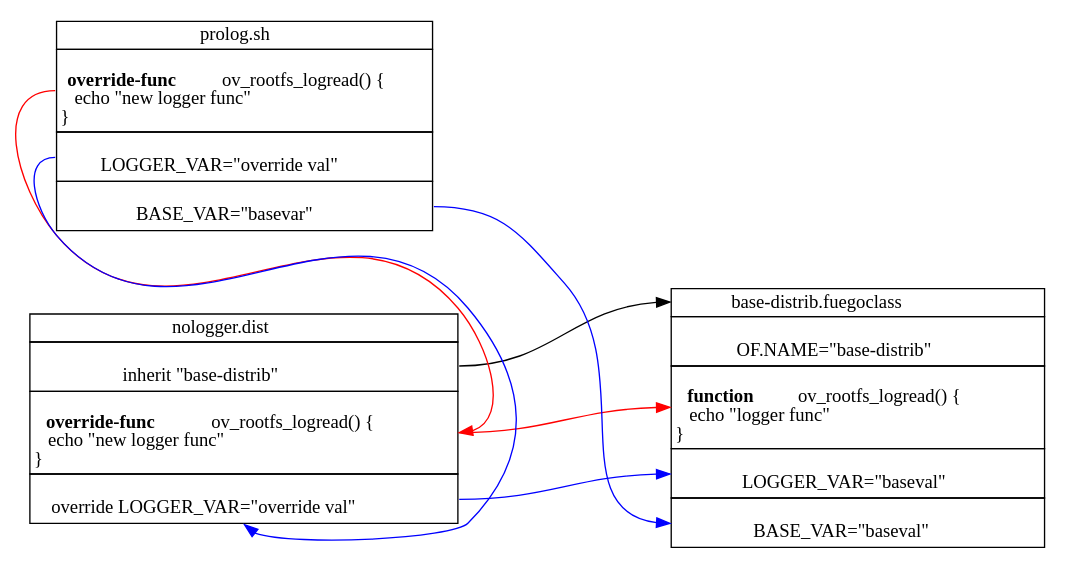
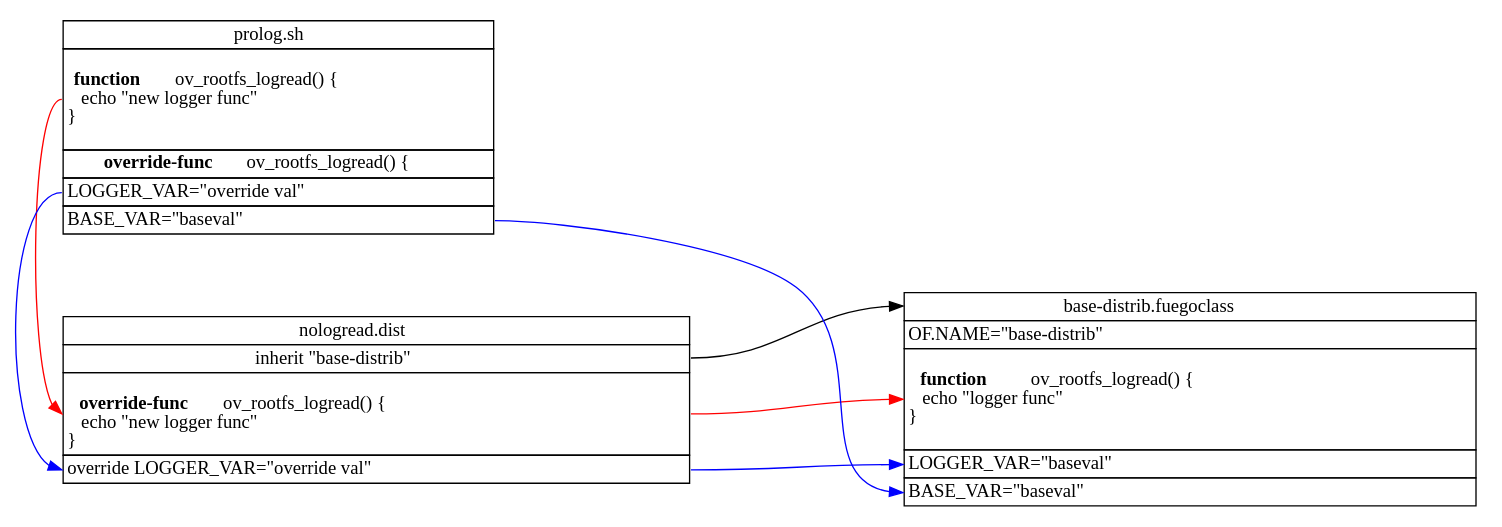
One commit to vh21/fuego changed the diagram in docs/source/overlays_example.dot. Above: the diagram before and after it, drawn with Graphviz. The commit also changed 4 other files, not shown here.

First line of the commit message:
nologger: change to nologread

```diff
--- a/docs/source/overlays_example.dot
+++ b/docs/source/overlays_example.dot
@@ -1,60 +1,65 @@
 digraph Overlay {
         graph[nodesep=2,ordering=in, // splines=ortho
-              rank=same
+              rank=same, shape=plaintext
               ]
 
               subgraph ovs {
         base [shape=none, fontname="Nimbus Mono", rankdir=LR,
               label=<
               <TABLE BORDER="0" CELLBORDER="1" CELLSPACING="0">
               <TR><TD PORT="bd">base-distrib.fuegoclass</TD></TR>
-              <TR><TD PORT="ofn"><BR ALIGN="left"/>OF.NAME="base-distrib"</TD></TR>
-<TR><TD PORT="func">
-<BR ALIGN="left"/> <B> function </B> ov_rootfs_logread() {
-<BR ALIGN="left"/>    echo "logger func"
-<BR ALIGN="left"/> } <BR ALIGN="left"/>
-</TD> </TR>
-<TR> <TD PORT="lv"><BR ALIGN="left"/>LOGGER_VAR="baseval" </TD> </TR>
-<TR> <TD PORT="bv"><BR ALIGN="left"/>BASE_VAR="baseval" </TD> </TR>
-</TABLE>>]
+              <TR><TD PORT="ofn" ALIGN="left"> OF.NAME="base-distrib"</TD></TR>
+              <TR><TD PORT="func">
+                  <BR ALIGN="left"/> <B> function </B> ov_rootfs_logread() {
+                  <BR ALIGN="left"/>    echo "logger func"
+                  <BR ALIGN="left"/> } <BR ALIGN="left"/>
+                  </TD> </TR>
+              <TR> <TD PORT="lv" ALIGN="left"> LOGGER_VAR="baseval" </TD> </TR>
+              <TR> <TD PORT="bv" ALIGN="left"> BASE_VAR="baseval" </TD> </TR>
+              </TABLE>>]
 
         overlay [shape=none, fontname="Nimbus Mono", rankdir=LR,
                  label=<
                  <TABLE BORDER="0" CELLBORDER="1" CELLSPACING="0">
-                <TR><TD PORT="noh">nologger.dist</TD></TR>
-                <TR><TD PORT="inh"><BR ALIGN="left"/>inherit "base-distrib"</TD></TR>
+                <TR><TD PORT="noh">nologread.dist</TD></TR>
+                <TR><TD PORT="inh">inherit "base-distrib"</TD></TR>
                 <TR><TD PORT="ovf">
-<BR ALIGN="left"/> <B> override-func </B> ov_rootfs_logread() {
-<BR ALIGN="left"/>    echo "new logger func"
-<BR ALIGN="left"/> } <BR ALIGN="left"/>
+                    <BR ALIGN="left"/> <B>override-func</B> ov_rootfs_logread() {
+                    <BR ALIGN="left"/>    echo "new logger func"
+                    <BR ALIGN="left"/> } <BR ALIGN="left"/>
 </TD> </TR>
-<TR> <TD PORT="olv"><BR ALIGN="left"/>override LOGGER_VAR="override val" </TD> </TR>
-</TABLE>>]
+                <TR> <TD PORT="olv" ALIGN="left"> override LOGGER_VAR="override val" </TD> </TR>
+                </TABLE>>]
               }
 
 
-        prolog [shape=none,label=< <TABLE BORDER="0" CELLBORDER="1" CELLSPACING="0">
+        prolog [shape=none,
+		label=< <TABLE BORDER="0" CELLBORDER="1" CELLSPACING="0">
                 <TR><TD PORT="prologhead">prolog.sh</TD></TR>
-                <TR><TD PORT="pfn">
-<BR ALIGN="left"/> <B> override-func </B> ov_rootfs_logread() {
-<BR ALIGN="left"/>    echo "new logger func"
-<BR ALIGN="left"/> } <BR ALIGN="left"/>
-</TD> </TR>
-<TR> <TD PORT="plv"><BR ALIGN="left"/>LOGGER_VAR="override val" </TD> </TR>
-<TR> <TD PORT="pbv"><BR ALIGN="left"/>BASE_VAR="basevar" </TD> </TR>
-</TABLE>>]
-                                 
+              <TR><TD PORT="pfn">
+                  <BR ALIGN="left"/> <B> function </B> ov_rootfs_logread() {
+                  <BR ALIGN="left"/>    echo "new logger func"
+                  <BR ALIGN="left"/> } <BR ALIGN="left"/>
+                  </TD> </TR>
+                <TR> <TD PORT="pfn">
+<B>override-func</B> ov_rootfs_logread() {
+
+		</TD>
+                </TR>
+                <TR><TD PORT="plv" ALIGN="left"> LOGGER_VAR="override val" </TD></TR>
+                <TR><TD PORT="pbv" ALIGN="left"> BASE_VAR="baseval" </TD></TR>
+                </TABLE>>]
 
 overlay:inh -> base:bd
 edge [color="red"]
-        prolog:pfn -> overlay:ovf
-        overlay:ovf -> base:func
+        prolog:pfn:w -> overlay:ovf:w
+        overlay:ovf:e -> base:func:w
         
 
         edge [color="blue"]
 
-        overlay:olv -> base:lv
+        overlay:olv:e -> base:lv:w
 
-        prolog:plv -> overlay:olv
+        prolog:plv:w -> overlay:olv:w
         prolog:pbv -> base:bv
 }
```
